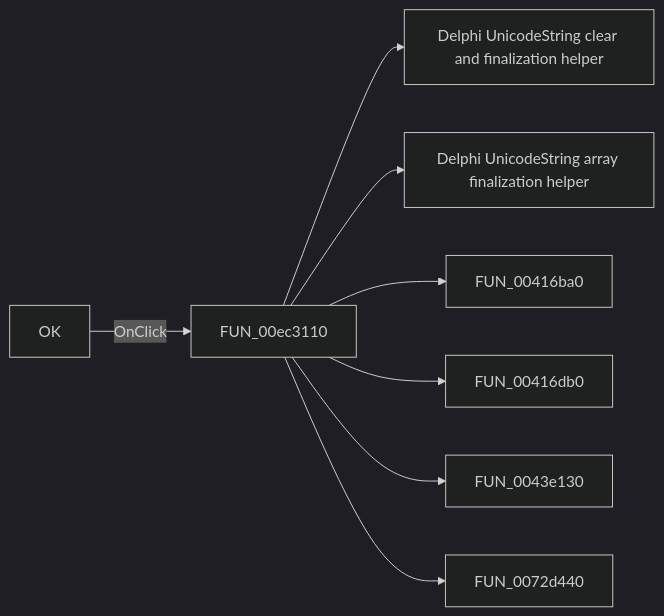
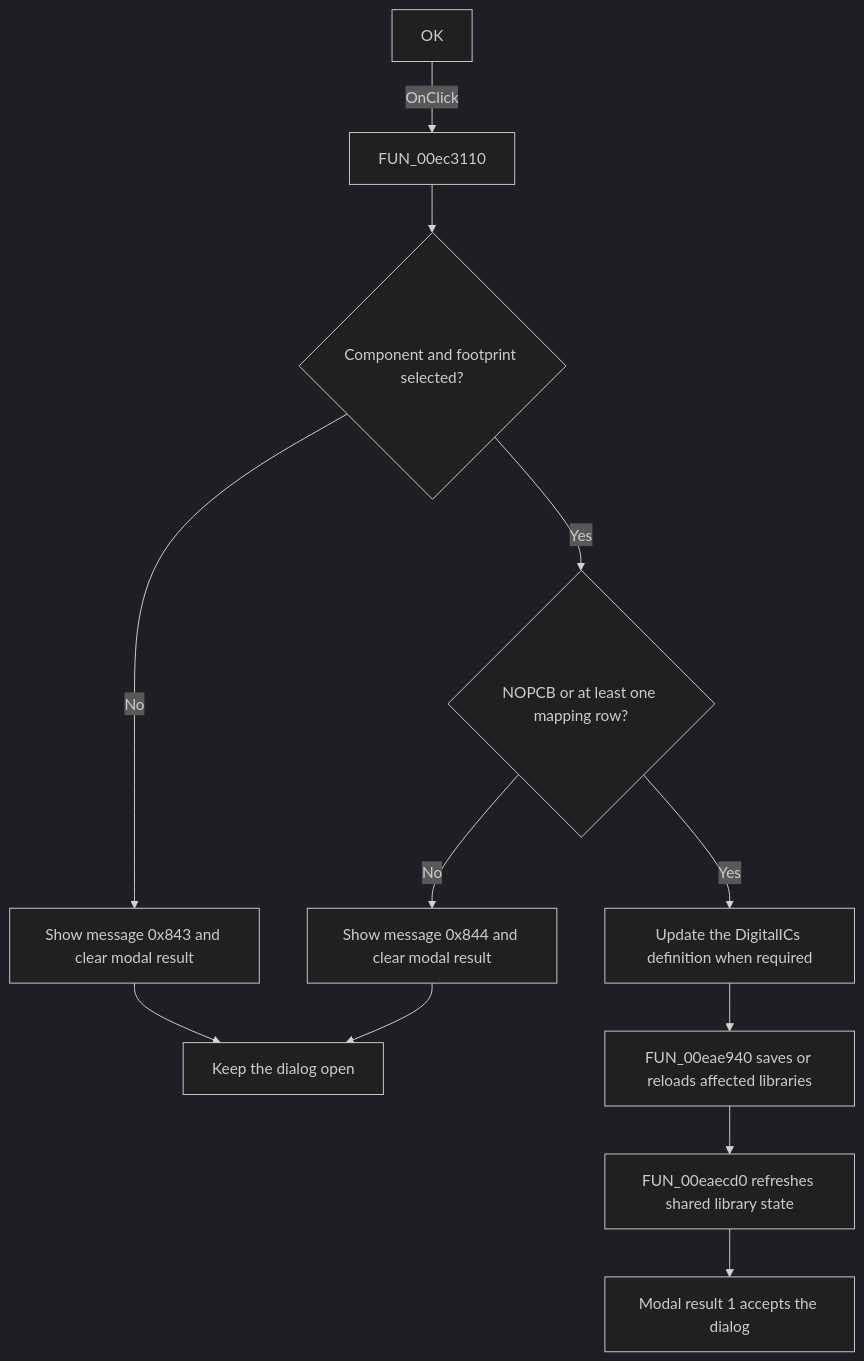
The diagram in docs/ui-controls/pcbform4/btnok-9c4e84d1e7.md (MovGP0/TIARA), drawn with Mermaid (dark theme) before and after one commit. The commit also changed other lines of this file and 1062 other files, not shown here.

````diff
--- a/docs/ui-controls/pcbform4/btnok-9c4e84d1e7.md
+++ b/docs/ui-controls/pcbform4/btnok-9c4e84d1e7.md
@@ -27,10 +33,14 @@
 ```mermaid
-flowchart LR
+flowchart TD
     control["OK"] -->|OnClick| handler["FUN_00ec3110"]
-    handler --> call1["Delphi UnicodeString clear and finalization helper"]
-    handler --> call2["Delphi UnicodeString array finalization helper"]
-    handler --> call3["FUN_00416ba0"]
-    handler --> call4["FUN_00416db0"]
-    handler --> call5["FUN_0043e130"]
-    handler --> call6["FUN_0072d440"]
+    handler --> selected{"Component and footprint selected?"}
+    selected -->|No| missing["Show message 0x843 and clear modal result"]
+    selected -->|Yes| mapped{"NOPCB or at least one mapping row?"}
+    mapped -->|No| pins["Show message 0x844 and clear modal result"]
+    mapped -->|Yes| update["Update the DigitalICs definition when required"]
+    update --> save["FUN_00eae940 saves or reloads affected libraries"]
+    save --> refresh["FUN_00eaecd0 refreshes shared library state"]
+    refresh --> accept["Modal result 1 accepts the dialog"]
+    missing --> stay["Keep the dialog open"]
+    pins --> stay
 ```
````
